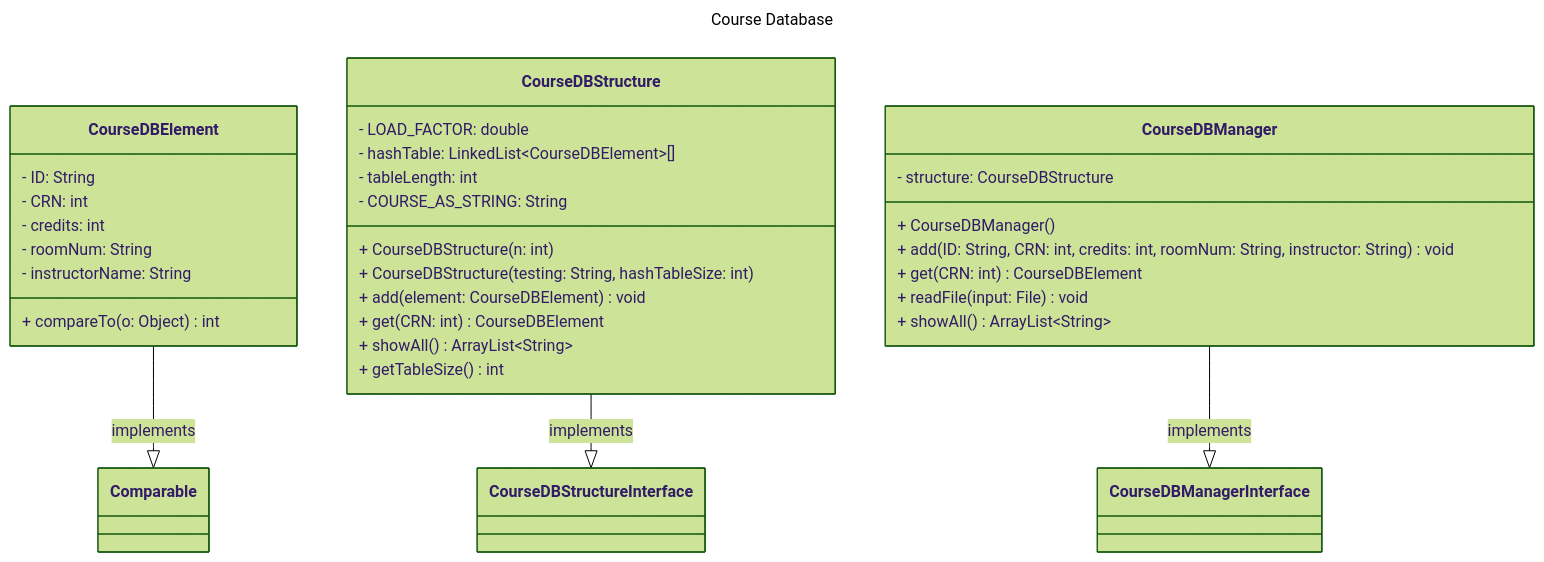
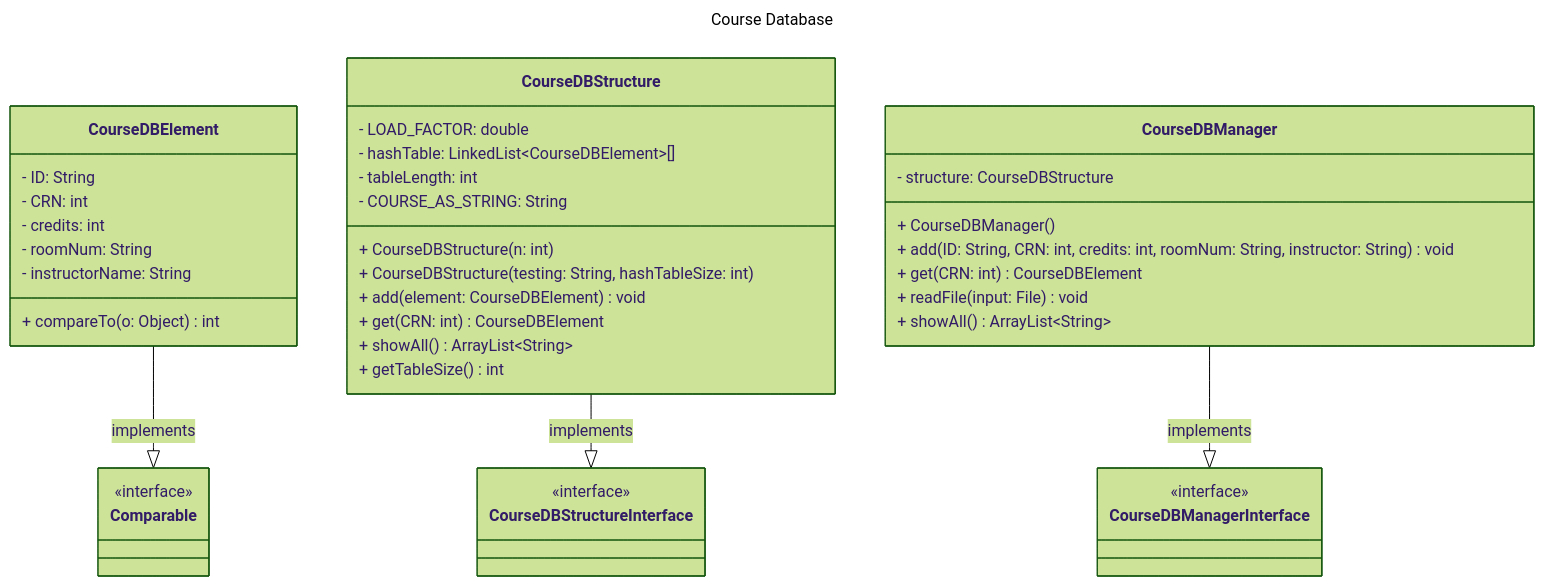
Before and after one commit to nick-nugat/nick-nugat.github.io: the diagram in content/project-designs/cmsc204/NguyenNicholas_Assignment4_Design/assignment4-design.md, drawn with Mermaid (forest theme). The commit also changed other lines of this file and 1 other file, not shown here.

Commit message:
vault backup: 2024-03-15 20:58:59
Affected files:
content/.obsidian/plugins/update-time-on-edit/data.json
content/project-designs/cmsc204/NguyenNicholas_Assignment4_Design/assignment4-design.md

````diff
--- a/content/project-designs/cmsc204/NguyenNicholas_Assignment4_Design/assignment4-design.md
+++ b/content/project-designs/cmsc204/NguyenNicholas_Assignment4_Design/assignment4-design.md
@@ -13,46 +13,48 @@
 ```mermaid
 ---
 title: Course Database
 ---
 classDiagram
 	direction BT
 
 	Comparable <|-- CourseDBElement: implements
 	CourseDBStructureInterface <|-- CourseDBStructure: implements
 	CourseDBManagerInterface <|-- CourseDBManager: implements
-	
-	
+
+	class Comparable{ <<interface>> }
 	class CourseDBElement { 
 	    - ID: String
 	    - CRN: int
 	    - credits: int
 	    - roomNum: String
 	    - instructorName: String
 		  
 	    + compareTo(o: Object) int
 	}
 	
+	class CourseDBStructureInterface{ <<interface>> }
 	class CourseDBStructure{
 		 - LOAD_FACTOR: double
 		 - hashTable: LinkedList~CourseDBElement~[]
 		 - tableLength: int
 		 - COURSE_AS_STRING: String
 		   
 		 + CourseDBStructure(n: int)
 		 + CourseDBStructure(testing: String, hashTableSize: int)
 		 + add(element: CourseDBElement) void
 		 + get(CRN: int) CourseDBElement
 		 + showAll() ArrayList~String~
 		 + getTableSize() int
 	 }
 
+	class CourseDBManagerInterface{ <<interface>> }
 	class CourseDBManager{
 		 - structure: CourseDBStructure
 		 
 		 + CourseDBManager()
 		 + add(ID: String, CRN: int, credits: int, roomNum: String, instructor: String) void
 		 + get(CRN: int) CourseDBElement
 		 + readFile(input: File) void
 		 + showAll() ArrayList~String~
 	 }
 ```
````
